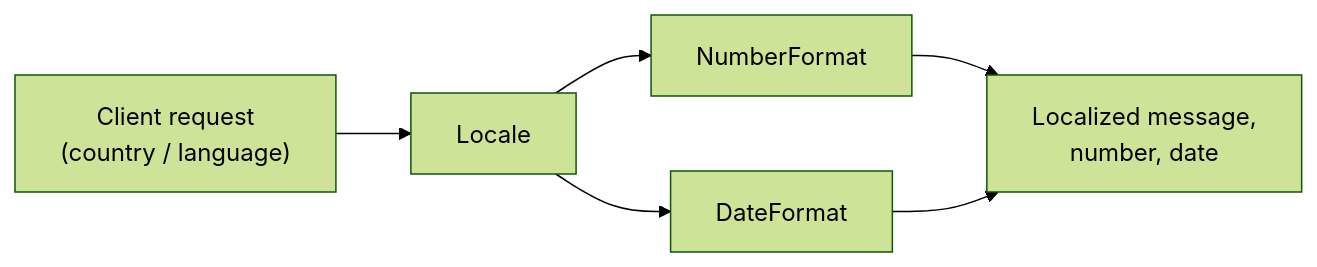
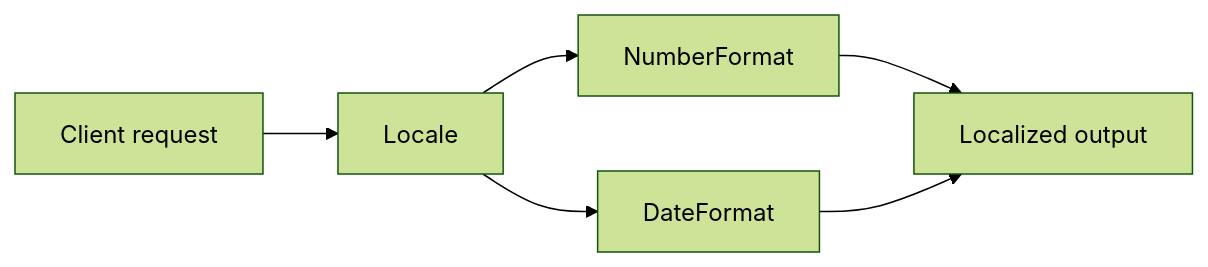
The first of 10 diagrams in docs/concepts/internationalization/internationalization.md (chaitussm/Java-Project), drawn with Mermaid (forest theme) before and after one commit. The commit also changed other lines of this file and 4 other files, not shown here.

````diff
--- a/docs/concepts/internationalization/internationalization.md
+++ b/docs/concepts/internationalization/internationalization.md
@@ -49,13 +70,13 @@
 ```mermaid
 flowchart LR
-  REQ["Client request\n(country / language)"]
+  REQ["Client request"]
   LOC["Locale"]
   NF["NumberFormat"]
   DF["DateFormat"]
-  OUT["Localized message,\nnumber, date"]
+  OUT["Localized output"]
   REQ --> LOC
   LOC --> NF
   LOC --> DF
   NF --> OUT
   DF --> OUT
 ```
````
